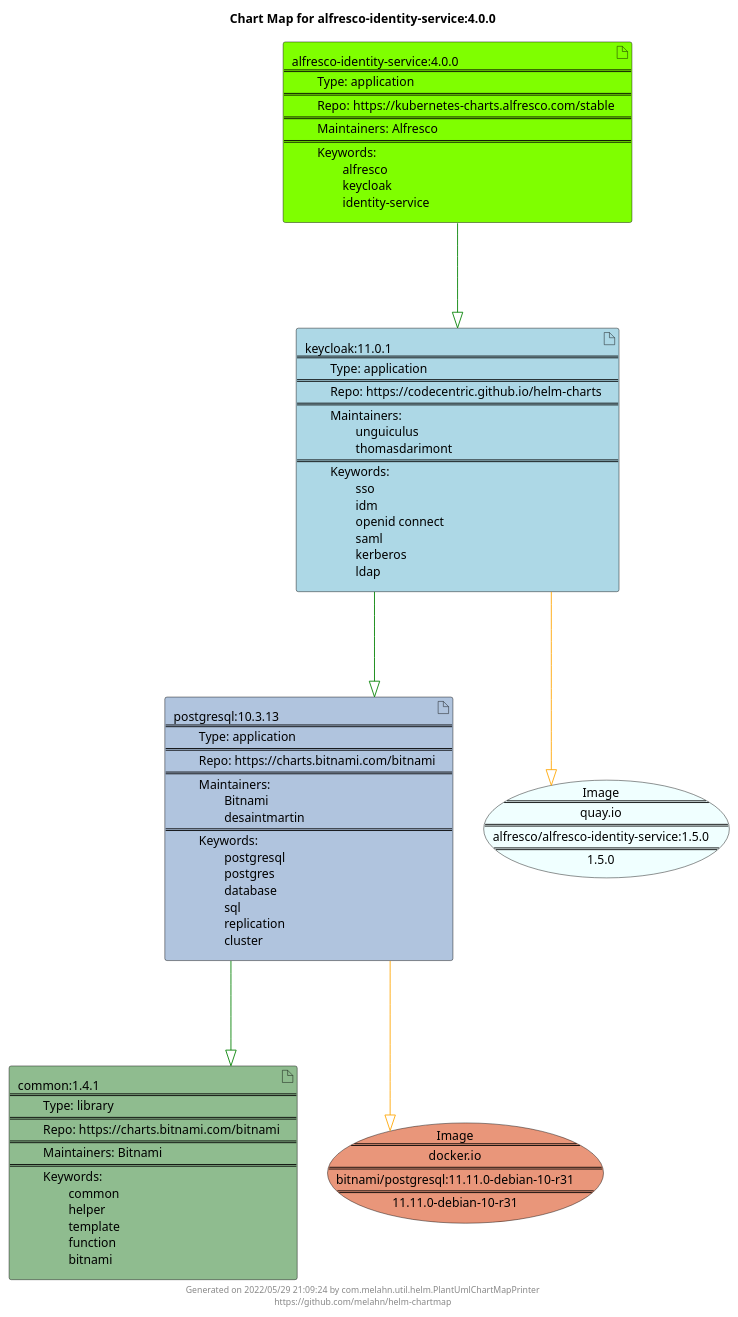
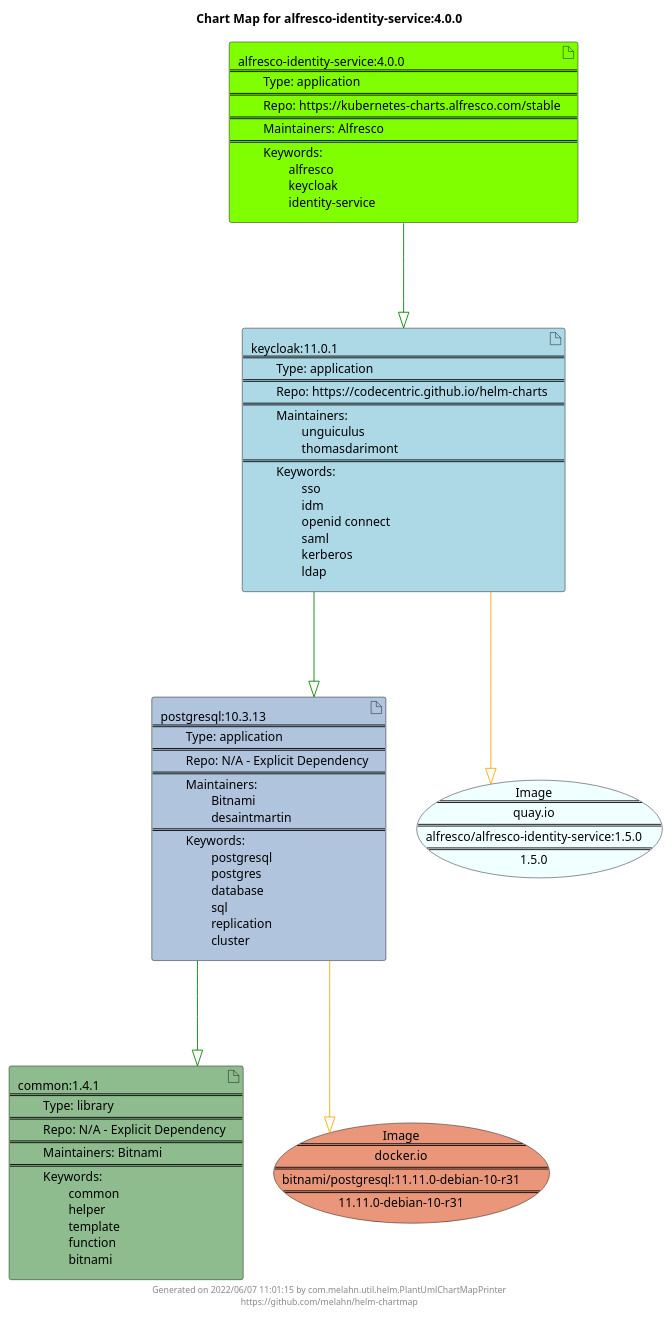
The diagram in docs/alfresco-identity-service/alfresco-identity-service-4.0.0.puml (melahn/helm-chartmap), drawn with PlantUML before and after one commit. The commit also changed 62 other files, not shown here.

Commit message:
Update Example Chart Maps as part of GitHub build

```diff
--- a/docs/alfresco-identity-service/alfresco-identity-service-4.0.0.puml
+++ b/docs/alfresco-identity-service/alfresco-identity-service-4.0.0.puml
@@ -1,29 +1,29 @@
 @startuml
 skinparam linetype ortho
 skinparam backgroundColor white
 skinparam usecaseBorderColor black
 skinparam usecaseArrowColor LightSlateGray
 skinparam artifactBorderColor black
 skinparam artifactArrowColor LightSlateGray
 
 title Chart Map for alfresco-identity-service:4.0.0
 
 'There are 4 referenced Helm Charts
-artifact "common:1.4.1\n====\n\tType: library\n====\n\tRepo: https://charts.bitnami.com/bitnami\n====\n\tMaintainers: Bitnami\n====\n\tKeywords: \n\t\tcommon\n\t\thelper\n\t\ttemplate\n\t\tfunction\n\t\tbitnami" as common_1_4_1 #DarkSeaGreen
+artifact "common:1.4.1\n====\n\tType: library\n====\n\tRepo: N/A - Explicit Dependency\n====\n\tMaintainers: Bitnami\n====\n\tKeywords: \n\t\tcommon\n\t\thelper\n\t\ttemplate\n\t\tfunction\n\t\tbitnami" as common_1_4_1 #DarkSeaGreen
 artifact "alfresco-identity-service:4.0.0\n====\n\tType: application\n====\n\tRepo: https://kubernetes-charts.alfresco.com/stable\n====\n\tMaintainers: Alfresco\n====\n\tKeywords: \n\t\talfresco\n\t\tkeycloak\n\t\tidentity-service" as alfresco_identity_service_4_0_0 #Chartreuse
-artifact "postgresql:10.3.13\n====\n\tType: application\n====\n\tRepo: https://charts.bitnami.com/bitnami\n====\n\tMaintainers: \n\t\tBitnami\n\t\tdesaintmartin\n====\n\tKeywords: \n\t\tpostgresql\n\t\tpostgres\n\t\tdatabase\n\t\tsql\n\t\treplication\n\t\tcluster" as postgresql_10_3_13 #LightSteelBlue
+artifact "postgresql:10.3.13\n====\n\tType: application\n====\n\tRepo: N/A - Explicit Dependency\n====\n\tMaintainers: \n\t\tBitnami\n\t\tdesaintmartin\n====\n\tKeywords: \n\t\tpostgresql\n\t\tpostgres\n\t\tdatabase\n\t\tsql\n\t\treplication\n\t\tcluster" as postgresql_10_3_13 #LightSteelBlue
 artifact "keycloak:11.0.1\n====\n\tType: application\n====\n\tRepo: https://codecentric.github.io/helm-charts\n====\n\tMaintainers: \n\t\tunguiculus\n\t\tthomasdarimont\n====\n\tKeywords: \n\t\tsso\n\t\tidm\n\t\topenid connect\n\t\tsaml\n\t\tkerberos\n\t\tldap" as keycloak_11_0_1 #LightBlue
 
 'There are 2 referenced Docker Images
 usecase "Image\n====\nquay.io\n====\nalfresco/alfresco-identity-service:1.5.0\n====\n1.5.0" as quay_io_alfresco_alfresco_identity_service_1_5_0 #Azure
 usecase "Image\n====\ndocker.io\n====\nbitnami/postgresql:11.11.0-debian-10-r31\n====\n11.11.0-debian-10-r31" as docker_io_bitnami_postgresql_11_11_0_debian_10_r31 #DarkSalmon
 
 'Chart Dependencies
 alfresco_identity_service_4_0_0--[#green]-|>keycloak_11_0_1
 keycloak_11_0_1--[#green]-|>postgresql_10_3_13
 postgresql_10_3_13--[#green]-|>common_1_4_1
 postgresql_10_3_13--[#orange]-|>docker_io_bitnami_postgresql_11_11_0_debian_10_r31
 keycloak_11_0_1--[#orange]-|>quay_io_alfresco_alfresco_identity_service_1_5_0
 
-center footer Generated on 2022/05/29 21:09:24 by com.melahn.util.helm.PlantUmlChartMapPrinter\nhttps://github.com/melahn/helm-chartmap
+center footer Generated on 2022/06/07 11:01:15 by com.melahn.util.helm.PlantUmlChartMapPrinter\nhttps://github.com/melahn/helm-chartmap
 @enduml
```
